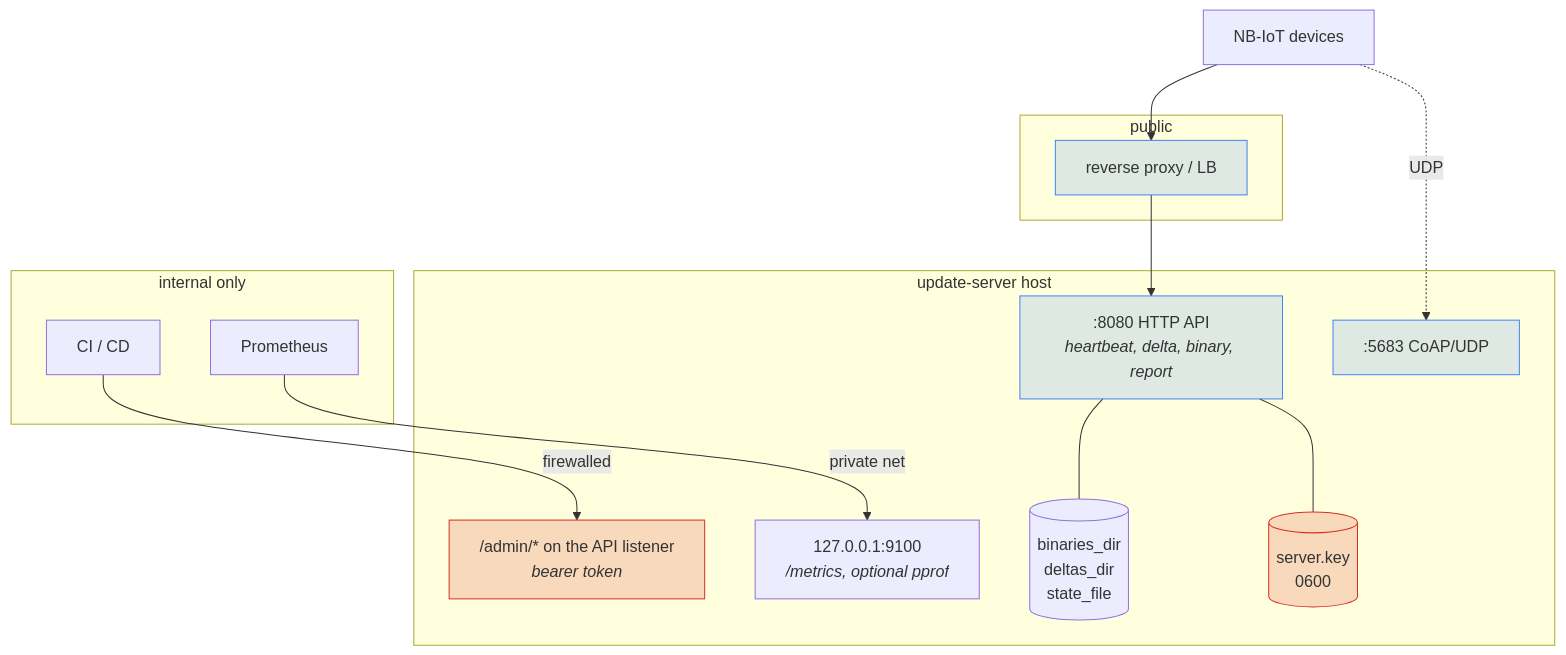
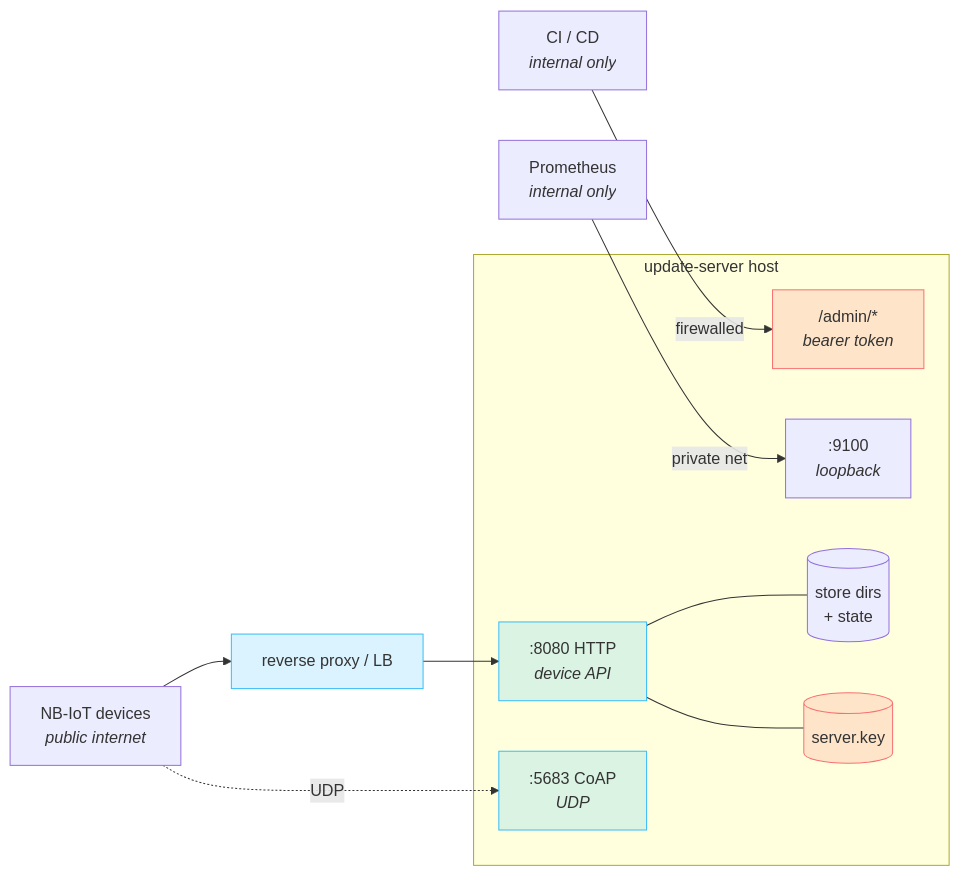
One commit to carlosprados/ota-updater changed the first of 2 diagrams in site/content/operations/_index.md. Above: the diagram before and after it, drawn with Mermaid. The commit also changed other lines of this file and 17 other files, not shown here.

````diff
--- a/site/content/operations/_index.md
+++ b/site/content/operations/_index.md
@@ -9,32 +9,29 @@
 ```mermaid
-flowchart TB
-    subgraph PUB["public"]
-        LB["reverse proxy / LB"]
+flowchart LR
+    DEV["NB-IoT devices<br/><i>public internet</i>"]
+    CI["CI / CD<br/><i>internal only</i>"]
+    PROM["Prometheus<br/><i>internal only</i>"]
+
+    LB["reverse proxy / LB"]
+
+    subgraph HOST["update-server host"]
+        API[":8080 HTTP<br/><i>device API</i>"]
+        COAP[":5683 CoAP<br/><i>UDP</i>"]
+        ADMIN["/admin/*<br/><i>bearer token</i>"]
+        OBS[":9100<br/><i>loopback</i>"]
+        FS[("store dirs<br/>+ state")]
+        KEY[("server.key")]
     end
 
-    subgraph HOST["update-server host"]
-        API[":8080 HTTP API<br/><i>heartbeat, delta, binary, report</i>"]
-        COAP[":5683 CoAP/UDP"]
-        ADMIN["/admin/* on the API listener<br/><i>bearer token</i>"]
-        OBS["127.0.0.1:9100<br/><i>/metrics, optional pprof</i>"]
-        FS[("binaries_dir<br/>deltas_dir<br/>state_file")]
-        KEY[("server.key<br/>0600")]
-    end
-
-    subgraph INT["internal only"]
-        CI["CI / CD"]
-        PROM["Prometheus"]
-    end
-
-    DEV["NB-IoT devices"] --> LB --> API
+    DEV --> LB --> API
     DEV -.->|"UDP"| COAP
     CI -->|"firewalled"| ADMIN
     PROM -->|"private net"| OBS
     API --- FS
     API --- KEY
 
-    classDef secret fill:#d930252e,stroke:#d93025
-    classDef pub fill:#4285f42e,stroke:#4285f4
+    classDef secret fill:#f871712e,stroke:#f87171
+    classDef pub fill:#38bdf82e,stroke:#38bdf8
     class KEY,ADMIN secret
     class LB,API,COAP pub
 ```
````
